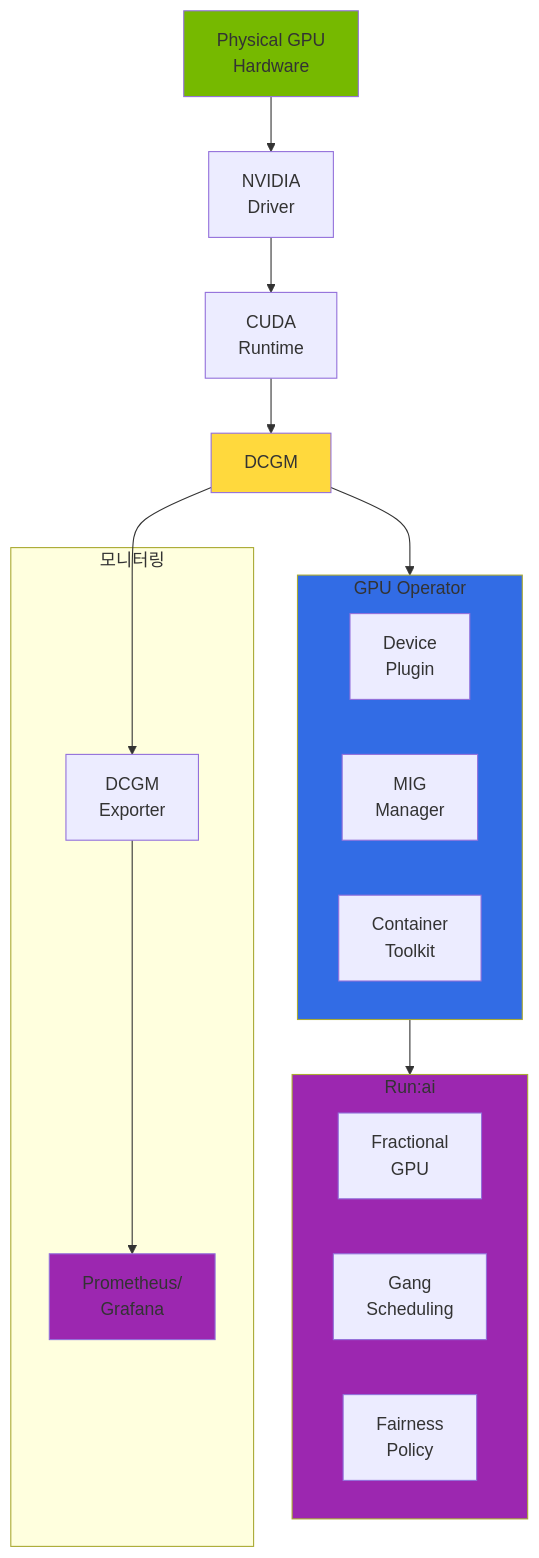
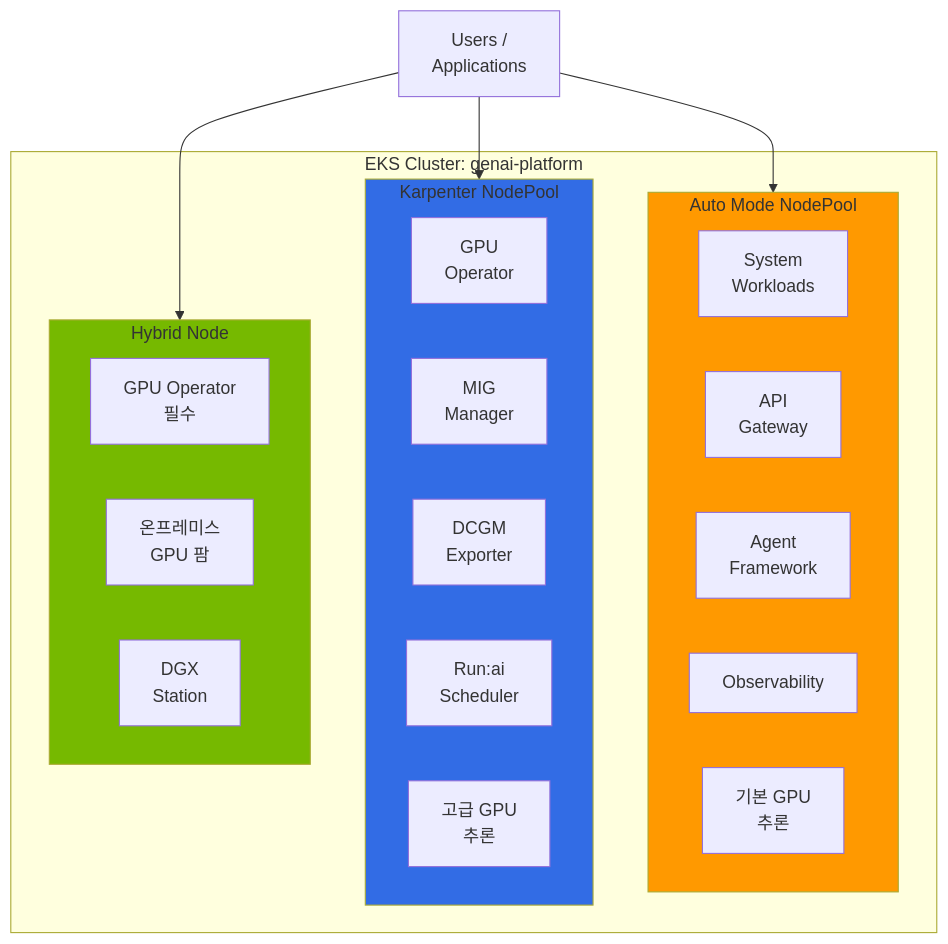
Before and after one commit to devfloor9/engineering-playbook: the first of 4 diagrams in docs/agentic-ai-platform/model-serving/eks-gpu-node-strategy.md, drawn with Mermaid. The commit also changed other lines of this file and 5 other files, not shown here.

````diff
--- a/docs/agentic-ai-platform/model-serving/eks-gpu-node-strategy.md
+++ b/docs/agentic-ai-platform/model-serving/eks-gpu-node-strategy.md
@@ -546,39 +498,36 @@
 ```mermaid
 flowchart TB
-    A[Physical GPU<br/>Hardware]
-    B[NVIDIA<br/>Driver]
-    C[CUDA<br/>Runtime]
-    D[DCGM]
+    Users[Users /<br/>Applications]
 
-    subgraph GPUOp["GPU Operator"]
-        I[Device<br/>Plugin]
-        J[MIG<br/>Manager]
-        K[Container<br/>Toolkit]
+    subgraph Cluster["EKS Cluster: genai-platform"]
+        subgraph Auto["Auto Mode NodePool"]
+            A1[System<br/>Workloads]
+            A2[API<br/>Gateway]
+            A3[Agent<br/>Framework]
+            A4[Observability]
+            A5[기본 GPU<br/>추론]
+        end
+
+        subgraph Karp["Karpenter NodePool"]
+            K1[GPU<br/>Operator]
+            K2[MIG<br/>Manager]
+            K3[DCGM<br/>Exporter]
+            K4[Run:ai<br/>Scheduler]
+            K5[고급 GPU<br/>추론]
+        end
+
+        subgraph Hyb["Hybrid Node"]
+            H1[GPU Operator<br/>필수]
+            H2[온프레미스<br/>GPU 팜]
+            H3[DGX<br/>Station]
+        end
     end
 
-    subgraph Runai["Run:ai"]
-        L[Fractional<br/>GPU]
-        M[Gang<br/>Scheduling]
-        N[Fairness<br/>Policy]
-    end
+    Users --> Auto
+    Users --> Karp
+    Users --> Hyb
 
-    subgraph Monitor["모니터링"]
-        G[DCGM<br/>Exporter]
-        H[Prometheus/<br/>Grafana]
-    end
-
-    A --> B
-    B --> C
-    C --> D
-    D --> GPUOp
-    GPUOp --> Runai
-
-    D --> G
-    G --> H
-
-    style A fill:#76b900
-    style D fill:#ffd93d
-    style GPUOp fill:#326ce5
-    style Runai fill:#9c27b0
-    style H fill:#9c27b0
+    style Auto fill:#ff9900
+    style Karp fill:#326ce5
+    style Hyb fill:#76b900
 ```
````
